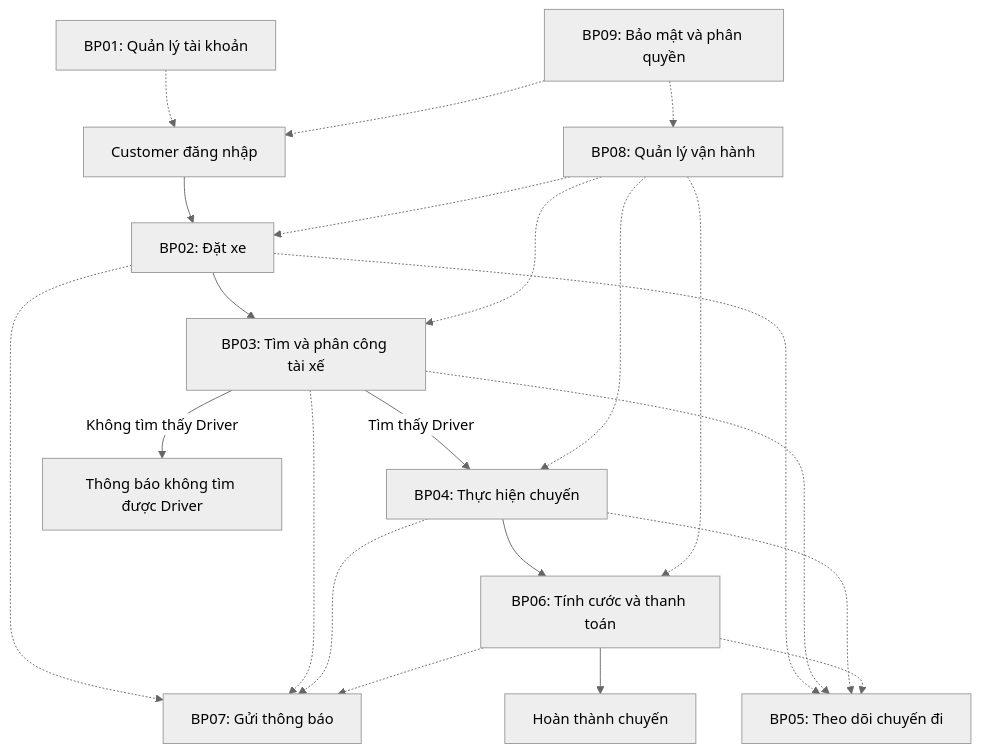
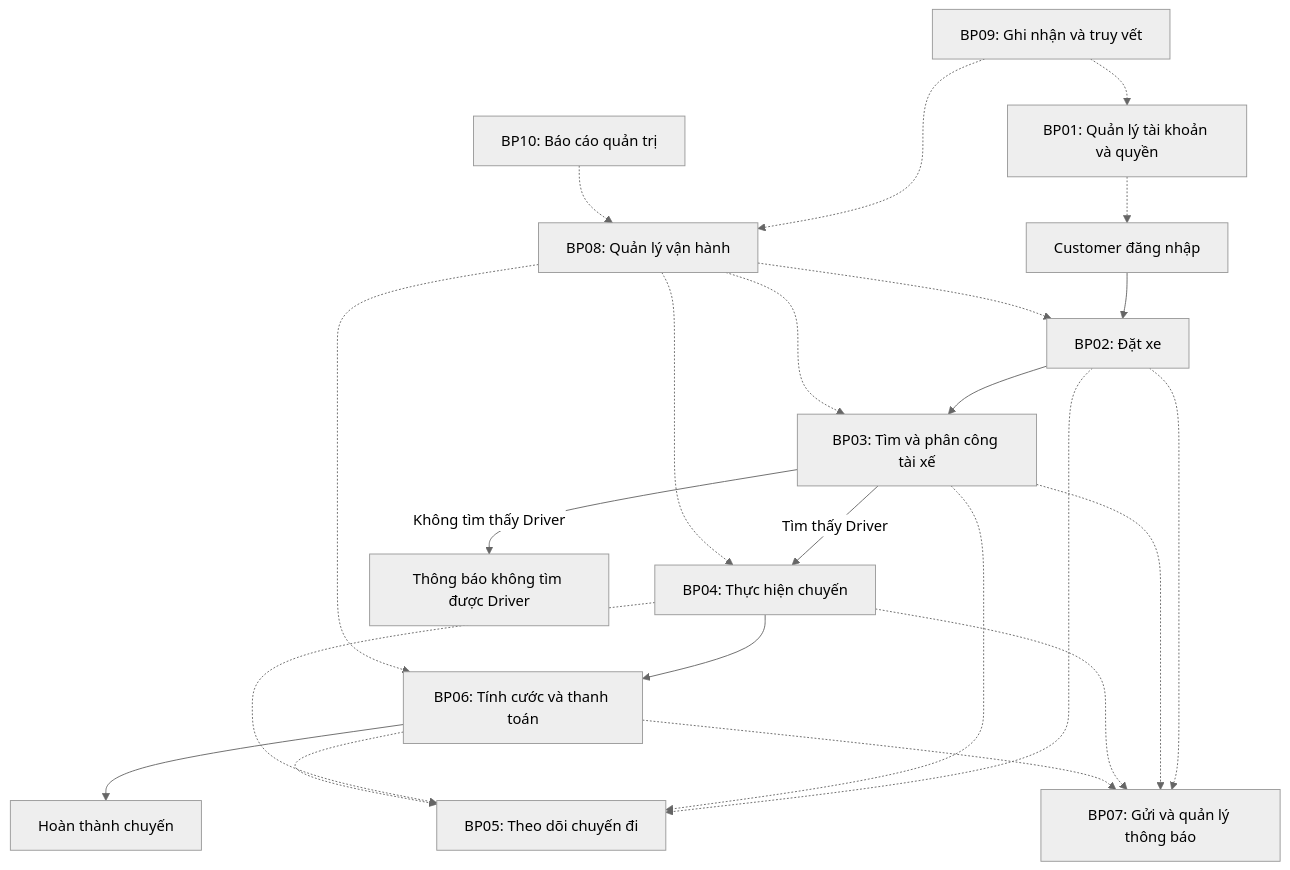
The first of 3 diagrams in srs.md (nguyentrong-280205/23669941_NguyenDinhTrong_Cabsystem), drawn with Mermaid (neutral theme) before and after one commit. The commit also changed other lines of this file, not shown here.

Commit message:
docs(srs): update BR, BP, FR, BRL, UC diagram, UC specs, AC and RTM

````diff
--- a/srs.md
+++ b/srs.md
@@ -232,32 +232,34 @@
 ```mermaid
 flowchart TD
     A[Customer đăng nhập] --> B[BP02: Đặt xe]
 
     B --> C[BP03: Tìm và phân công tài xế]
 
     C -->|Tìm thấy Driver| D[BP04: Thực hiện chuyến]
     C -->|Không tìm thấy Driver| X[Thông báo không tìm được Driver]
 
     D --> E[BP06: Tính cước và thanh toán]
 
     E --> F[Hoàn thành chuyến]
 
     B -.-> G[BP05: Theo dõi chuyến đi]
     C -.-> G
     D -.-> G
     E -.-> G
 
-    B -.-> H[BP07: Gửi thông báo]
+    B -.-> H[BP07: Gửi và quản lý thông báo]
     C -.-> H
     D -.-> H
     E -.-> H
 
     I[BP08: Quản lý vận hành] -.-> B
     I -.-> C
     I -.-> D
     I -.-> E
 
-    J[BP01: Quản lý tài khoản] -.-> A
-    K[BP09: Bảo mật và phân quyền] -.-> A
-    K -.-> I
+    J[BP01: Quản lý tài khoản và quyền] -.-> A
+    K[BP09: Ghi nhận và truy vết] -.-> I
+    K -.-> J
+
+    L[BP10: Báo cáo quản trị] -.-> I
 ```
````
